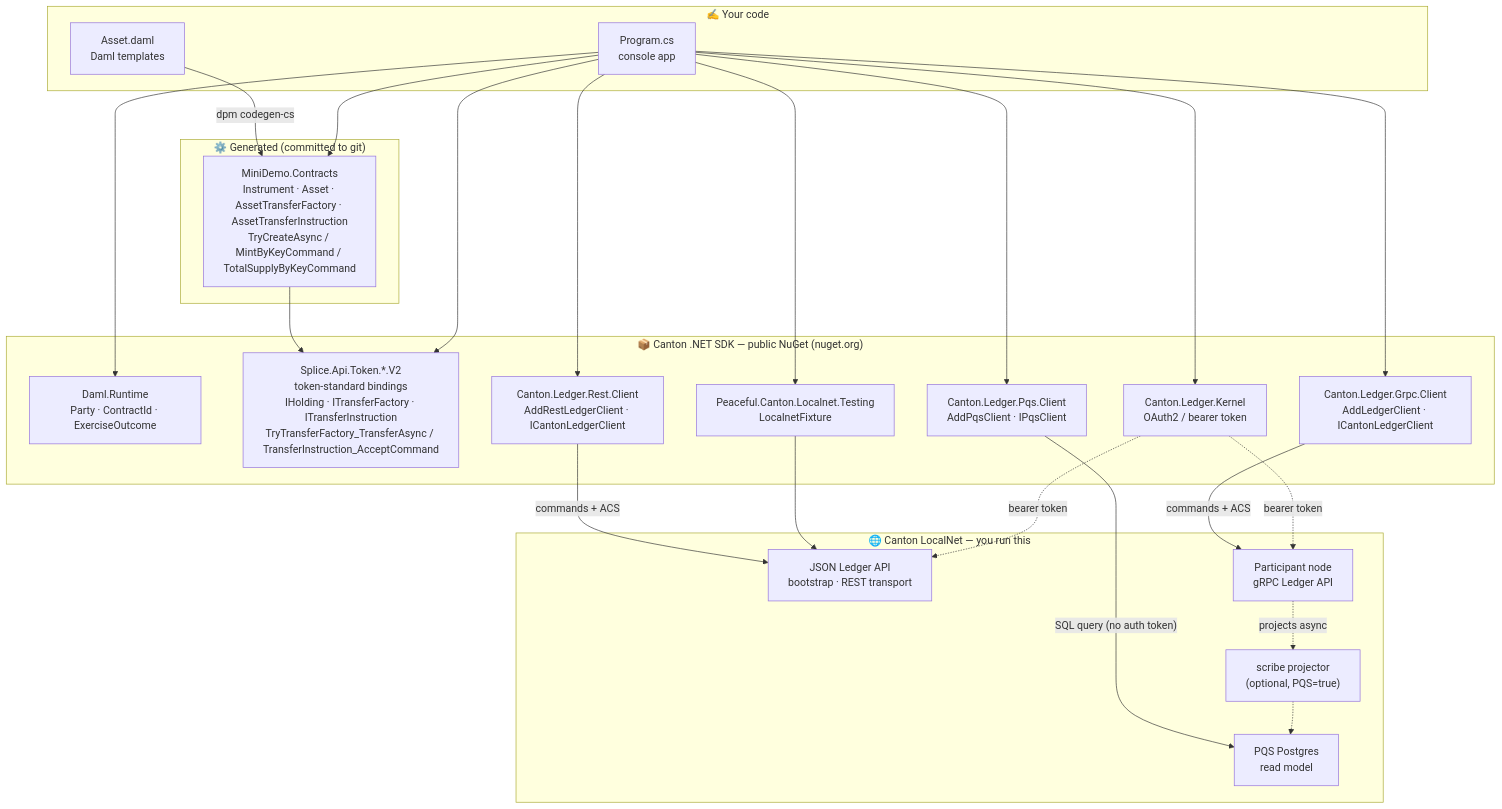
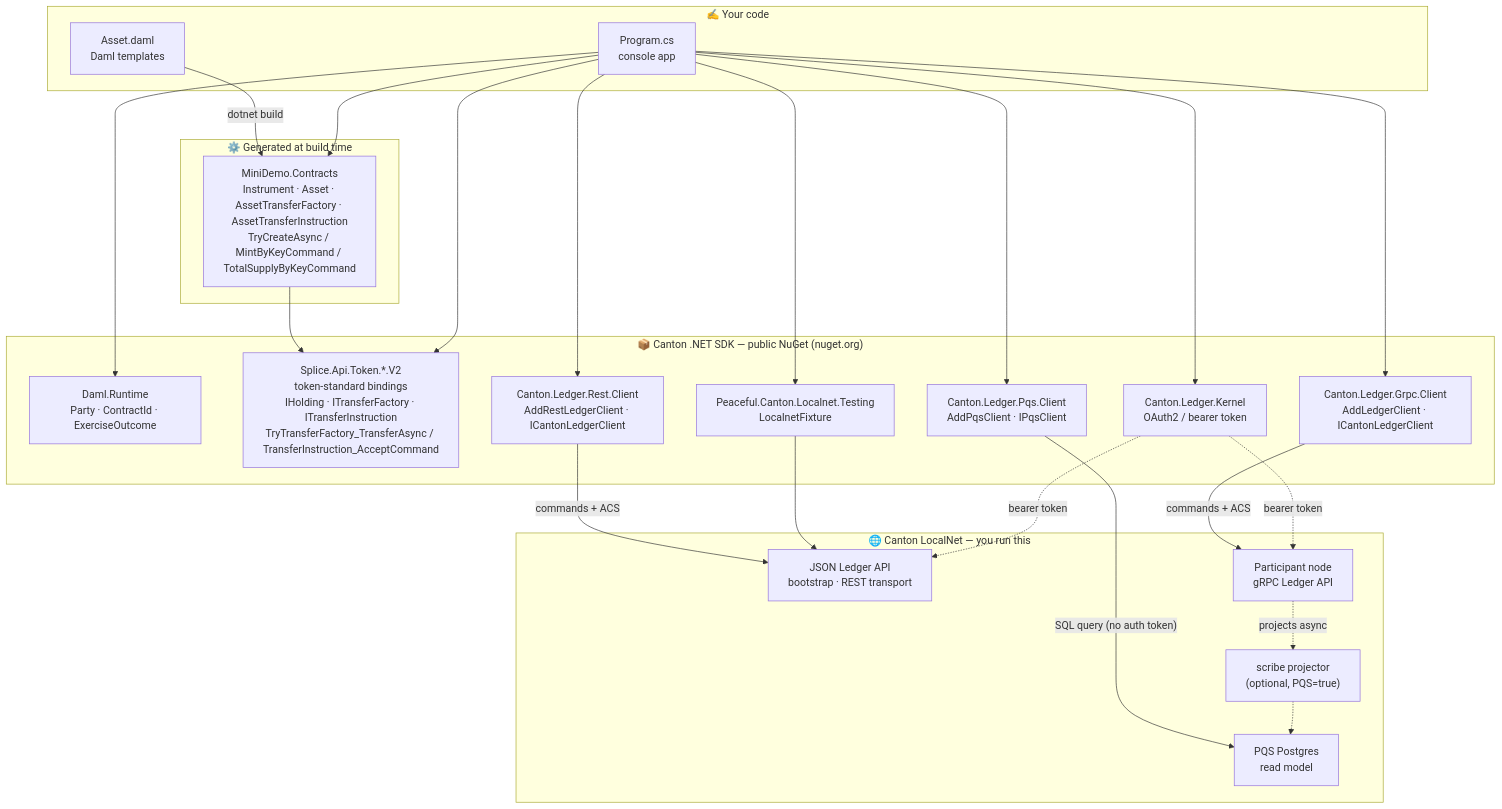
The first of 3 diagrams in docs/public/how-it-works.md (peacefulstudio/canton-dotnet-sdk-mini-demo), drawn with Mermaid before and after one commit. The commit also changed other lines of this file and 30 other files, not shown here.

````diff
--- a/docs/public/how-it-works.md
+++ b/docs/public/how-it-works.md
@@ -12,47 +12,47 @@
 ```mermaid
 flowchart TB
     subgraph you["✍️  Your code"]
         daml["Asset.daml<br/>Daml templates"]
         app["Program.cs<br/>console app"]
     end
 
-    subgraph gen["⚙️  Generated (committed to git)"]
+    subgraph gen["⚙️  Generated at build time"]
         bindings["MiniDemo.Contracts<br/>Instrument · Asset · AssetTransferFactory · AssetTransferInstruction<br/>TryCreateAsync / MintByKeyCommand / TotalSupplyByKeyCommand"]
     end
 
     subgraph sdk["📦  Canton .NET SDK — public NuGet (nuget.org)"]
         runtime["Daml.Runtime<br/>Party · ContractId · ExerciseOutcome"]
         splice["Splice.Api.Token.*.V2<br/>token-standard bindings<br/>IHolding · ITransferFactory · ITransferInstruction<br/>TryTransferFactory_TransferAsync / TransferInstruction_AcceptCommand"]
         grpc["Canton.Ledger.Grpc.Client<br/>AddLedgerClient · ICantonLedgerClient"]
         rest["Canton.Ledger.Rest.Client<br/>AddRestLedgerClient · ICantonLedgerClient"]
         pqs["Canton.Ledger.Pqs.Client<br/>AddPqsClient · IPqsClient"]
         kernel["Canton.Ledger.Kernel<br/>OAuth2 / bearer token"]
         fixture["Peaceful.Canton.Localnet.Testing<br/>LocalnetFixture"]
     end
 
     subgraph net["🌐  Canton LocalNet — you run this"]
         json["JSON Ledger API<br/>bootstrap · REST transport"]
         node["Participant node<br/>gRPC Ledger API"]
         scribe["scribe projector<br/>(optional, PQS=true)"]
         pg["PQS Postgres<br/>read model"]
     end
 
-    daml -->|"dpm codegen-cs"| bindings
+    daml -->|"dotnet build"| bindings
     app --> bindings
     bindings --> splice
     app --> splice
     app --> runtime
     app --> grpc
     app --> rest
     app --> pqs
     app --> kernel
     app --> fixture
     grpc -->|"commands + ACS"| node
     rest -->|"commands + ACS"| json
     pqs -->|"SQL query (no auth token)"| pg
     node -.->|"projects async"| scribe
     scribe -.-> pg
     fixture --> json
     kernel -. "bearer token" .-> node
     kernel -. "bearer token" .-> json
 ```
````
